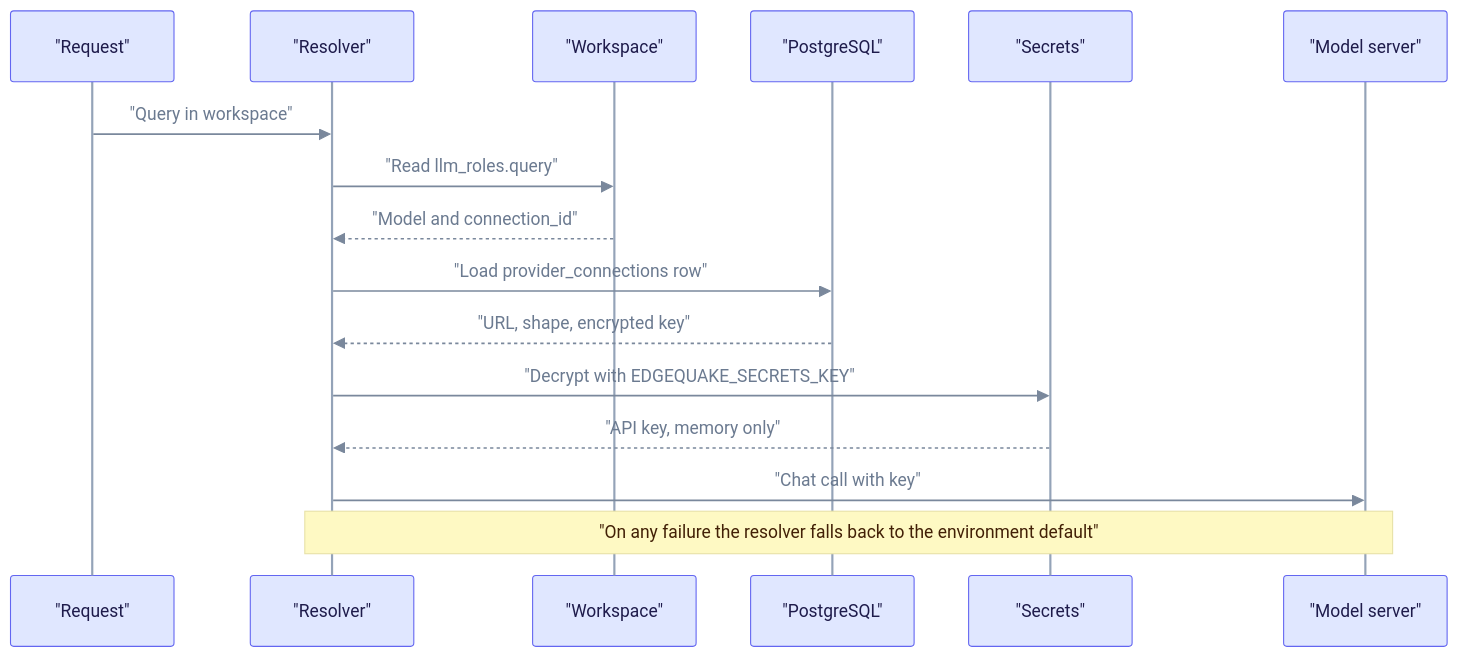
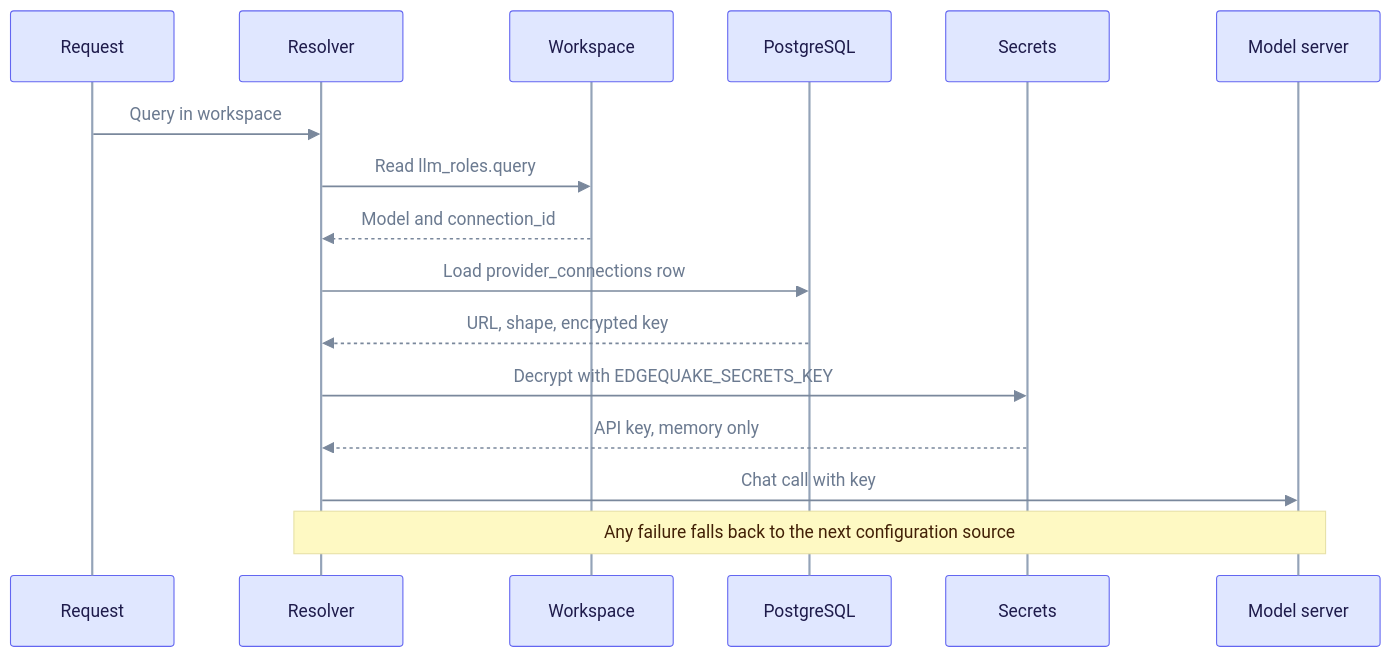
The second of 2 diagrams in docs/providers/index.md (raphaelmansuy/edgequake), drawn with Mermaid before and after one commit. The commit also changed other lines of this file and 194 other files, not shown here.

First line of the commit message:
Refresh docs against code and rebuild schema E/R as progressive steps

````diff
--- a/docs/providers/index.md
+++ b/docs/providers/index.md
@@ -49,20 +49,20 @@
 ```mermaid
 %%{init: {"theme":"base","themeVariables":{"primaryColor":"#E0E7FF","primaryBorderColor":"#6366F1","primaryTextColor":"#1E1B4B","secondaryColor":"#D1FAE5","secondaryBorderColor":"#10B981","secondaryTextColor":"#064E3B","tertiaryColor":"#FEF3C7","tertiaryBorderColor":"#F59E0B","tertiaryTextColor":"#6B7A90","lineColor":"#7A889C","clusterBkg":"rgba(99,102,241,0.07)","clusterBorder":"#A5B4FC","noteBkgColor":"#FEF9C3","noteTextColor":"#422006","textColor":"#6B7A90","titleColor":"#6B7A90","signalColor":"#7A889C","signalTextColor":"#6B7A90","loopTextColor":"#6B7A90","edgeLabelBackground":"#F1F5F9","actorLineColor":"#94A3B8"}}}%%
 %% eq-theme:v1
 sequenceDiagram
-  participant R as "Request"
-  participant P as "Resolver"
-  participant W as "Workspace"
-  participant D as "PostgreSQL"
-  participant S as "Secrets"
-  participant U as "Model server"
-  R->>P: "Query in workspace"
-  P->>W: "Read llm_roles.query"
-  W-->>P: "Model and connection_id"
-  P->>D: "Load provider_connections row"
-  D-->>P: "URL, shape, encrypted key"
-  P->>S: "Decrypt with EDGEQUAKE_SECRETS_KEY"
-  S-->>P: "API key, memory only"
-  P->>U: "Chat call with key"
-  Note over P,U: "On any failure the resolver falls back to the environment default"
+  participant R as Request
+  participant P as Resolver
+  participant W as Workspace
+  participant D as PostgreSQL
+  participant S as Secrets
+  participant U as Model server
+  R->>P: Query in workspace
+  P->>W: Read llm_roles.query
+  W-->>P: Model and connection_id
+  P->>D: Load provider_connections row
+  D-->>P: URL, shape, encrypted key
+  P->>S: Decrypt with EDGEQUAKE_SECRETS_KEY
+  S-->>P: API key, memory only
+  P->>U: Chat call with key
+  Note over P,U: Any failure falls back to the next configuration source
 ```
````
